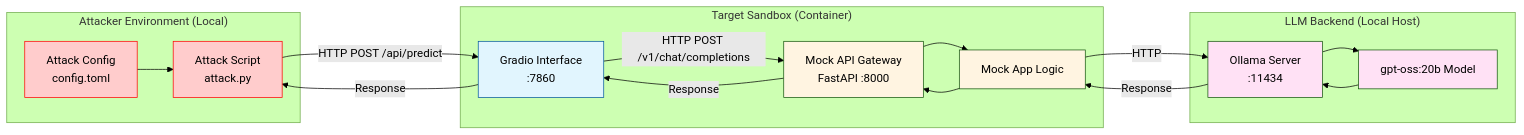
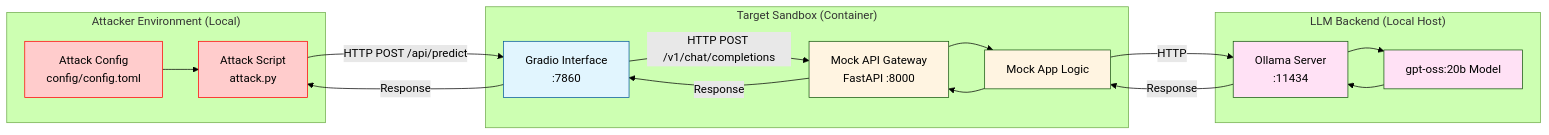
Before and after one commit to felipepenha/GenAI-Red-Team-Lab: the diagram in exploitation/LangGrinch/README.md, drawn with Mermaid (forest theme). The commit also changed other lines of this file and 18 other files, not shown here.

````diff
--- a/exploitation/LangGrinch/README.md
+++ b/exploitation/LangGrinch/README.md
@@ -39,39 +39,39 @@
 ```mermaid
 graph LR
     subgraph "Attacker Environment (Local)"
         AttackScript[Attack Script<br/>attack.py]
-        Config[Attack Config<br/>config.toml]
+        Config[Attack Config<br/>config/config.toml]
     end
 
     subgraph "Target Sandbox (Container)"
         Gradio[Gradio Interface<br/>:7860]
         MockAPI[Mock API Gateway<br/>FastAPI :8000]
         MockLogic[Mock App Logic]
     end
 
       subgraph "LLM Backend (Local Host)"
         Ollama[Ollama Server<br/>:11434]
         Model[gpt‑oss:20b Model]
     end
 
     %% Interaction flow
     Config --> AttackScript
     AttackScript -->|HTTP POST /api/predict| Gradio
     Gradio -->|HTTP POST /v1/chat/completions| MockAPI
     MockAPI --> MockLogic
     MockLogic -->|HTTP| Ollama
     Ollama --> Model
     Model --> Ollama
     Ollama -->|Response| MockLogic
     MockLogic --> MockAPI
     MockAPI -->|Response| Gradio
     Gradio -->|Response| AttackScript
 
     style AttackScript fill:#ffcccc,stroke:#ff0000
     style Config fill:#ffcccc,stroke:#ff0000
     style Gradio fill:#e1f5fe,stroke:#01579b
     style MockAPI fill:#fff4e1
     style MockLogic fill:#fff4e1
     style Ollama fill:#ffe1f5
     style Model fill:#ffe1f5
 ```
````
